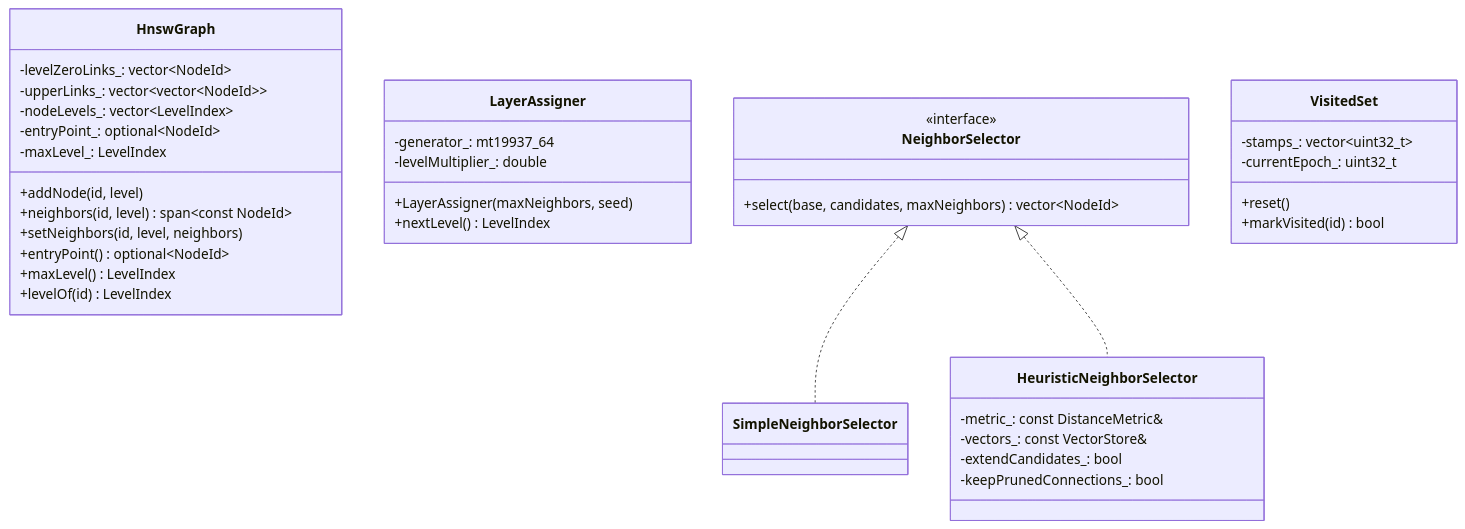
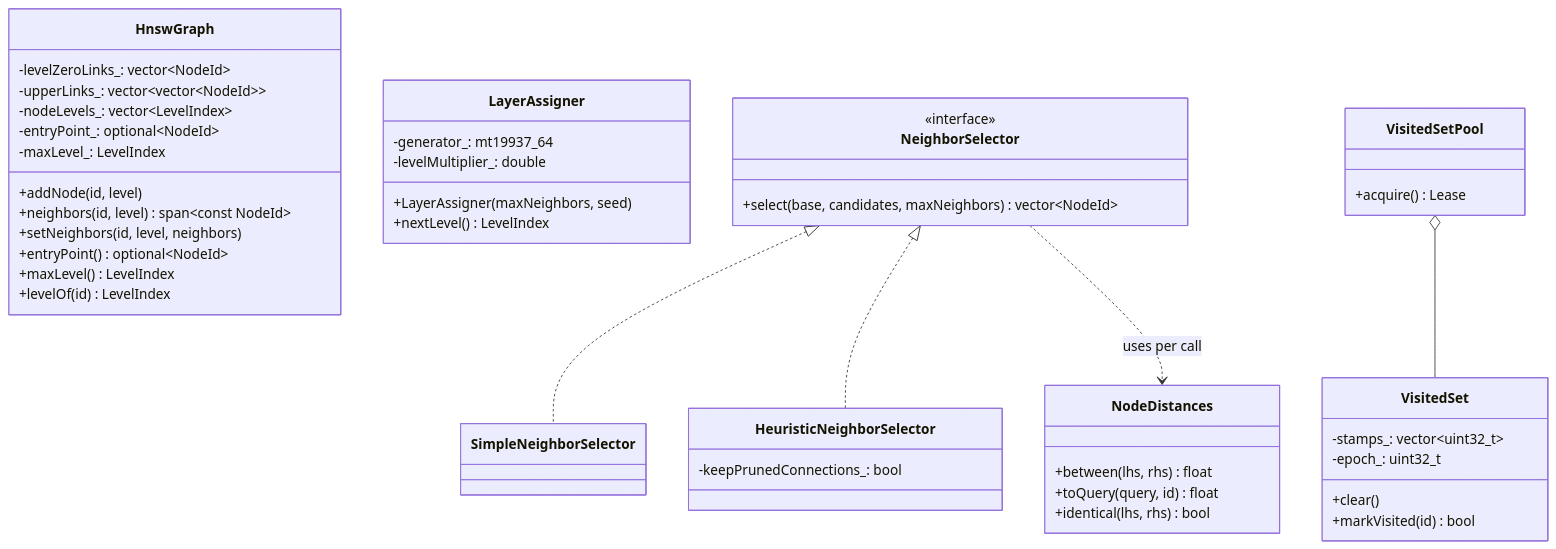
Before and after one commit to imDharaneesh/hopfilter-ann: the fifth of 13 diagrams in docs/design.md, drawn with Mermaid. The commit also changed other lines of this file and 1 other file, not shown here.

````diff
--- a/docs/design.md
+++ b/docs/design.md
@@ -209,41 +209,48 @@
 ```mermaid
 classDiagram
     class HnswGraph {
         -levelZeroLinks_: vector~NodeId~
         -upperLinks_: vector~vector~NodeId~~
         -nodeLevels_: vector~LevelIndex~
         -entryPoint_: optional~NodeId~
         -maxLevel_: LevelIndex
         +addNode(id, level)
         +neighbors(id, level) span~const NodeId~
         +setNeighbors(id, level, neighbors)
         +entryPoint() optional~NodeId~
         +maxLevel() LevelIndex
         +levelOf(id) LevelIndex
     }
     class LayerAssigner {
         -generator_: mt19937_64
         -levelMultiplier_: double
         +LayerAssigner(maxNeighbors, seed)
         +nextLevel() LevelIndex
     }
     class NeighborSelector {
         <<interface>>
         +select(base, candidates, maxNeighbors) vector~NodeId~
     }
     class SimpleNeighborSelector
     class HeuristicNeighborSelector {
-        -metric_: const DistanceMetric&
-        -vectors_: const VectorStore&
-        -extendCandidates_: bool
         -keepPrunedConnections_: bool
+    }
+    class NodeDistances {
+        +between(lhs, rhs) float
+        +toQuery(query, id) float
+        +identical(lhs, rhs) bool
     }
     class VisitedSet {
         -stamps_: vector~uint32_t~
-        -currentEpoch_: uint32_t
-        +reset()
+        -epoch_: uint32_t
+        +clear()
         +markVisited(id) bool
+    }
+    class VisitedSetPool {
+        +acquire() Lease
     }
     NeighborSelector <|.. SimpleNeighborSelector
     NeighborSelector <|.. HeuristicNeighborSelector
+    NeighborSelector ..> NodeDistances : uses per call
+    VisitedSetPool o-- VisitedSet
 ```
````
